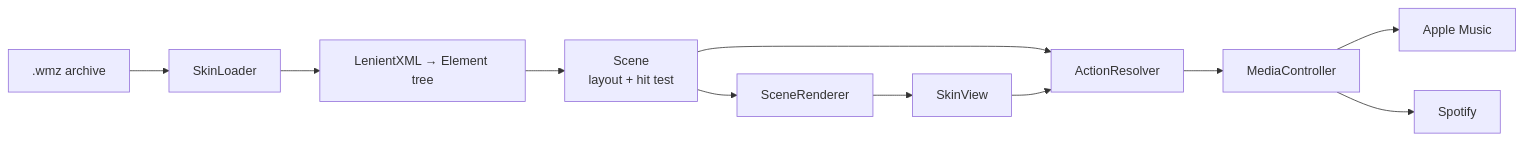
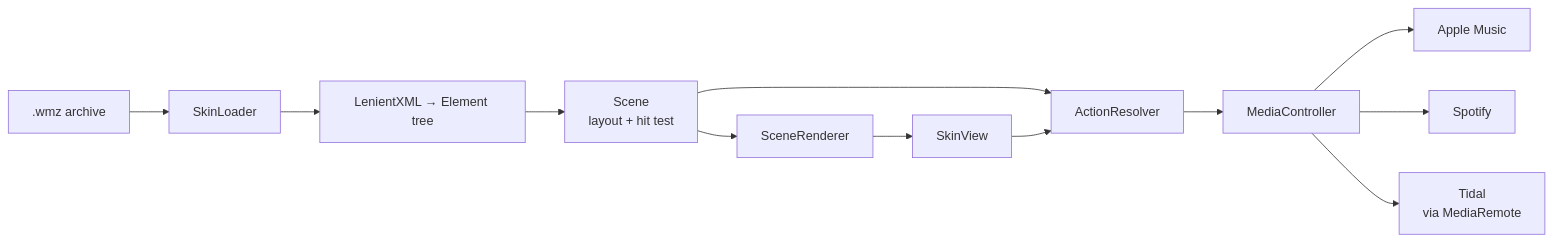
The diagram in README.md (AlbertSmit/wmz-player), drawn with Mermaid before and after one commit. The commit also changed other lines of this file and 9 other files, not shown here.

````diff
--- a/README.md
+++ b/README.md
@@ -153,13 +178,14 @@
 ```mermaid
 flowchart LR
     wmz[.wmz archive] --> loader[SkinLoader]
     loader --> wml[LenientXML → Element tree]
     wml --> scene[Scene<br/>layout + hit test]
     scene --> render[SceneRenderer]
     scene --> actions[ActionResolver]
     actions --> media[MediaController]
     media --> music[Apple Music]
     media --> spotify[Spotify]
+    media --> tidal[Tidal<br/>via MediaRemote]
     render --> view[SkinView]
     view --> actions
 ```
````
